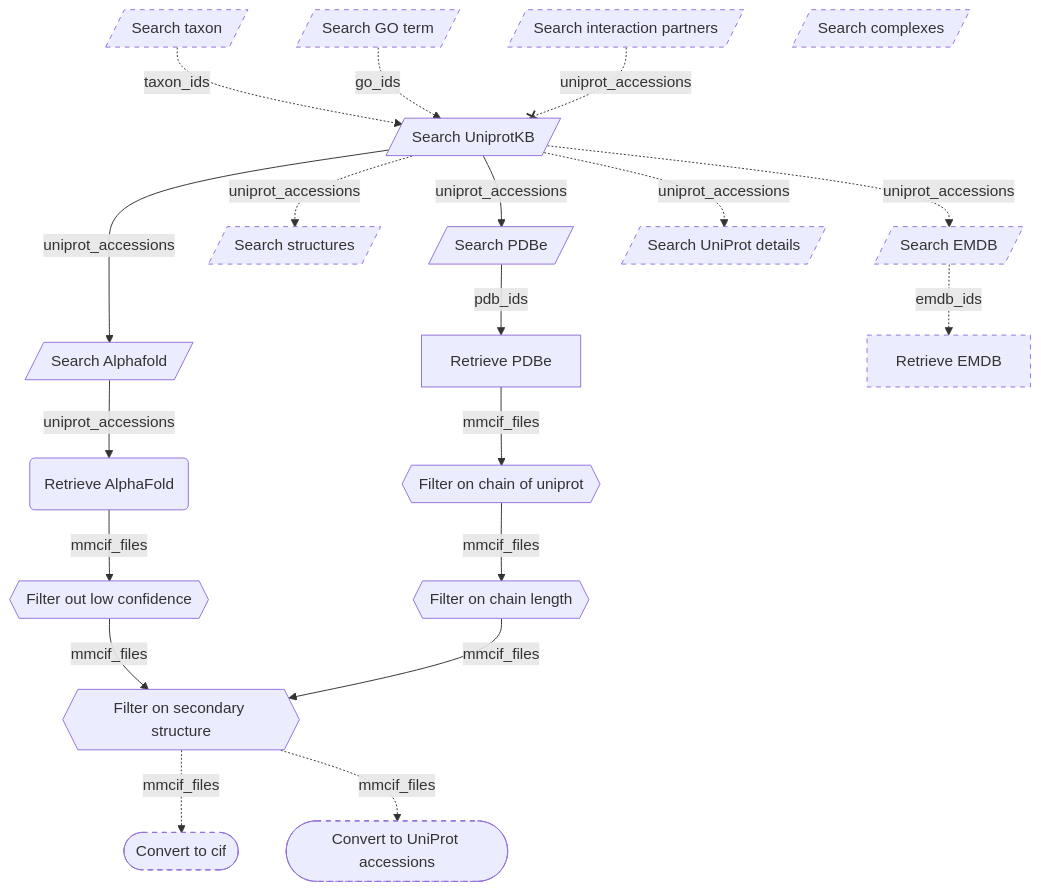
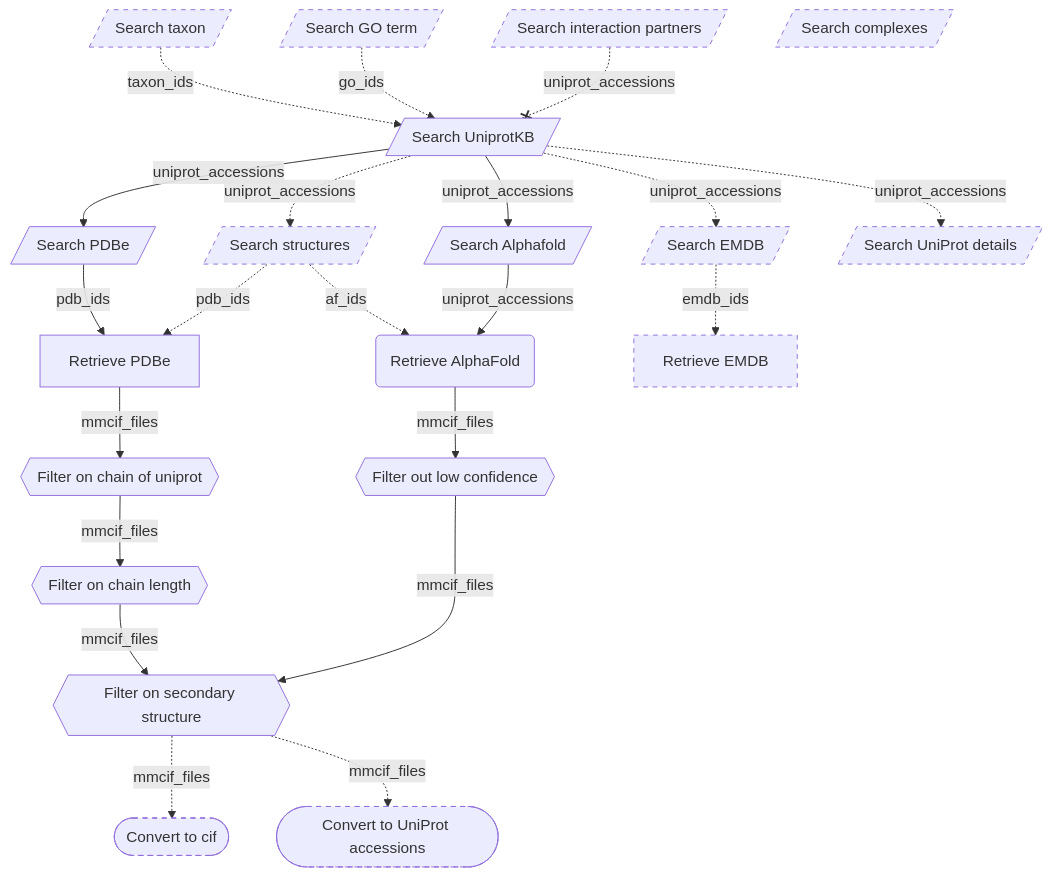
One commit to haddocking/protein-quest changed the diagram in README.md. Above: the diagram before and after it, drawn with Mermaid. The commit also changed other lines of this file and 1 other file, not shown here.

Commit message:
Sync docs

````diff
--- a/README.md
+++ b/README.md
@@ -36,33 +38,35 @@
 ```mermaid
 graph TB;
     taxonomy[/Search taxon/] -. taxon_ids .-> searchuniprot[/Search UniprotKB/]
     goterm[/Search GO term/] -. go_ids .-> searchuniprot[/Search UniprotKB/]
     searchuniprot --> |uniprot_accessions|searchpdbe[/Search PDBe/]
+    searchuniprot -. uniprot_accessions .-> searchstructures[/Search structures/]
     searchuniprot --> |uniprot_accessions|searchaf[/Search Alphafold/]
-    searchuniprot -. uniprot_accessions .-> searchstructures[/Search structures/]
     searchuniprot -. uniprot_accessions .-> searchemdb[/Search EMDB/]
     searchuniprot -. uniprot_accessions .-> searchuniprotdetails[/Search UniProt details/]
     searchintactionpartners[/Search interaction partners/] -.-x |uniprot_accessions|searchuniprot
     searchcomplexes[/Search complexes/]
     searchpdbe -->|pdb_ids|fetchpdbe[Retrieve PDBe]
+    searchstructures -. pdb_ids .-> fetchpdbe
+    searchstructures -. af_ids .-> fetchad
     searchaf --> |uniprot_accessions|fetchad(Retrieve AlphaFold)
     searchemdb -. emdb_ids .->fetchemdb[Retrieve EMDB]
     fetchpdbe -->|mmcif_files| chainfilter{{Filter on chain of uniprot}}
     chainfilter --> |mmcif_files| residuefilter{{Filter on chain length}}
     fetchad -->|mmcif_files| confidencefilter{{Filter out low confidence}}
     confidencefilter --> |mmcif_files| ssfilter{{Filter on secondary structure}}
     residuefilter --> |mmcif_files| ssfilter
     ssfilter -. mmcif_files .-> convert2cif([Convert to cif])
     ssfilter -. mmcif_files .-> convert2uniprot_accessions([Convert to UniProt accessions])
     classDef dashedBorder stroke-dasharray: 5 5;
     goterm:::dashedBorder
     taxonomy:::dashedBorder
     searchemdb:::dashedBorder
     fetchemdb:::dashedBorder
     searchstructures:::dashedBorder
     searchintactionpartners:::dashedBorder
     searchcomplexes:::dashedBorder
     searchuniprotdetails:::dashedBorder
     convert2cif:::dashedBorder
     convert2uniprot_accessions:::dashedBorder
 ```
````
